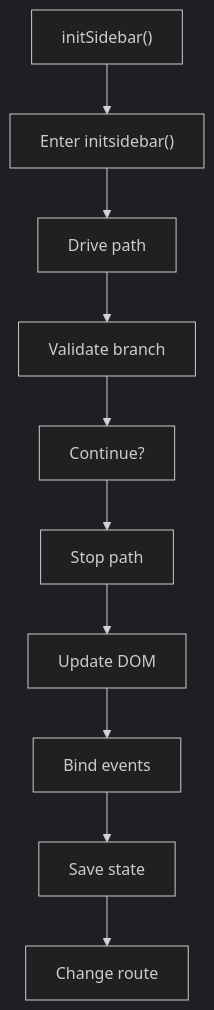
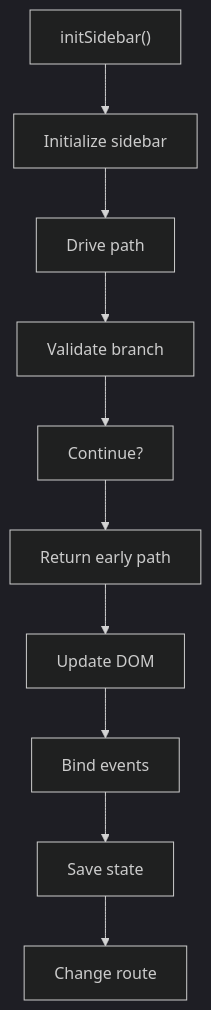
Before and after one commit to JohnAndrewBalbarosa/NeoTerritory: the first of 2 diagrams in docs/Codebase/Frontend/scripts/sidebar/functions/initsidebar.js.md, drawn with Mermaid (dark theme). The commit also changed other lines of this file and 925 other files, not shown here.

````diff
--- a/docs/Codebase/Frontend/scripts/sidebar/functions/initsidebar.js.md
+++ b/docs/Codebase/Frontend/scripts/sidebar/functions/initsidebar.js.md
@@ -26,22 +26,22 @@
 ```mermaid
 flowchart TD
     N0["initSidebar()"]
-    N1["Enter initsidebar()"]
+    N1["Initialize sidebar"]
     N2["Drive path"]
     N3["Validate branch"]
     N4["Continue?"]
-    N5["Stop path"]
+    N5["Return early path"]
     N6["Update DOM"]
     N7["Bind events"]
     N8["Save state"]
     N9["Change route"]
     N0 --> N1
     N1 --> N2
     N2 --> N3
     N3 --> N4
     N4 --> N5
     N5 --> N6
     N6 --> N7
     N7 --> N8
     N8 --> N9
 ```
````
